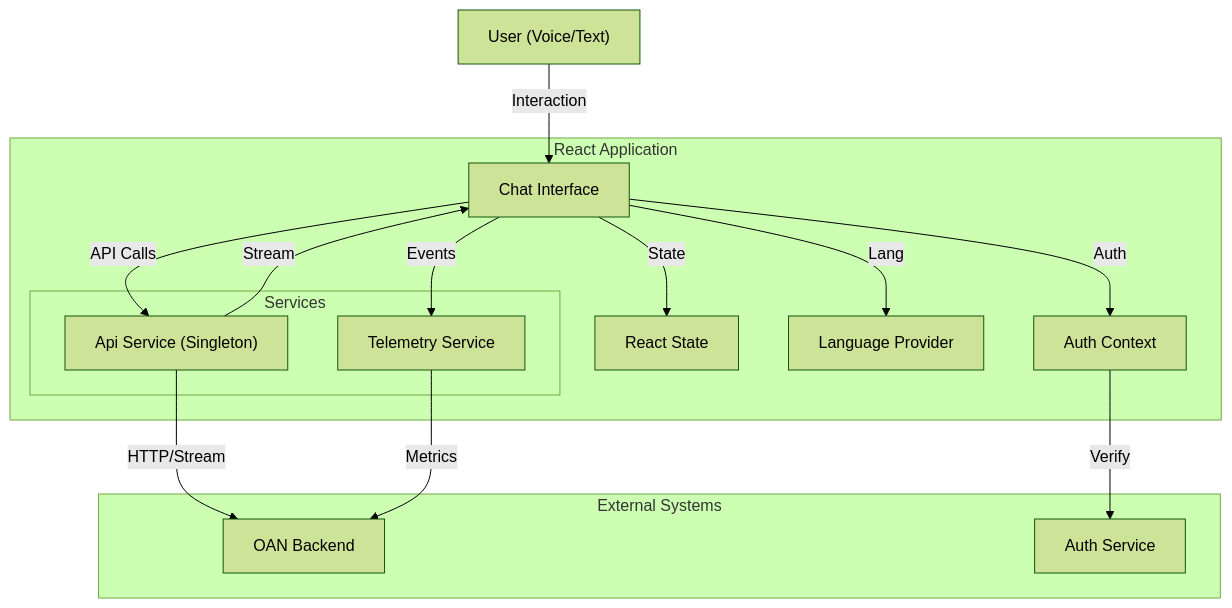
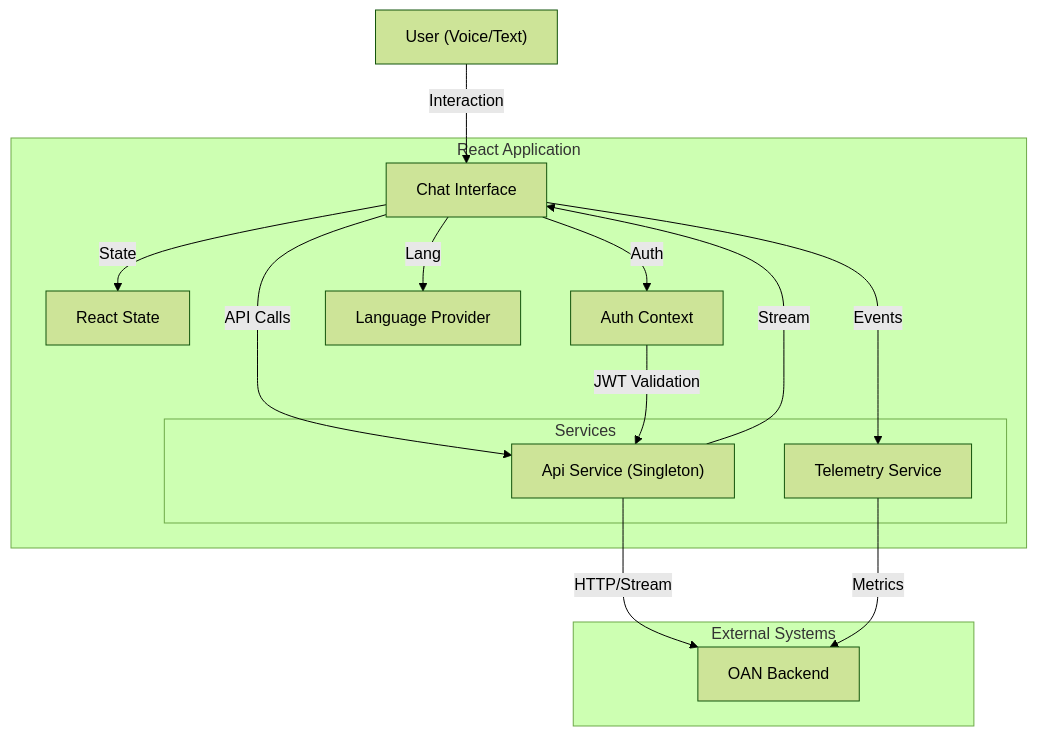
The diagram in TECHNICAL_DOCUMENTATION.md (digital-farmer-service/bharat-vistaar), drawn with Mermaid (forest theme) before and after one commit. The commit also changed other lines of this file, not shown here.

````diff
--- a/TECHNICAL_DOCUMENTATION.md
+++ b/TECHNICAL_DOCUMENTATION.md
@@ -24,28 +25,27 @@
 ```mermaid
 graph TD
     User["User (Voice/Text)"] -->|Interaction| ChatInterface["Chat Interface"]
     
     subgraph "React Application"
         ChatInterface -->|State| ReactState["React State"]
         ChatInterface -->|Auth| AuthContext["Auth Context"]
         ChatInterface -->|Lang| LangProvider["Language Provider"]
         
         subgraph "Services"
             ApiService["Api Service (Singleton)"]
             Telemetry["Telemetry Service"]
         end
         
         ChatInterface -->|API Calls| ApiService
         ChatInterface -->|Events| Telemetry
         ApiService -->|Stream| ChatInterface
     end
     
     subgraph "External Systems"
         BackendAPI["OAN Backend"]
-        AuthService["Auth Service"]
     end
 
-    AuthContext -->|Verify| AuthService
+    AuthContext -->|JWT Validation| ApiService
     ApiService -->|HTTP/Stream| BackendAPI
     Telemetry -->|Metrics| BackendAPI
 ```
````
